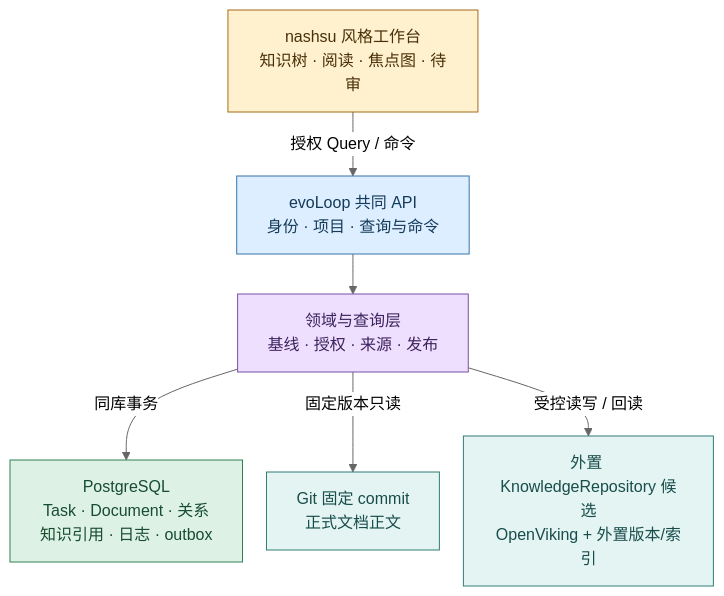
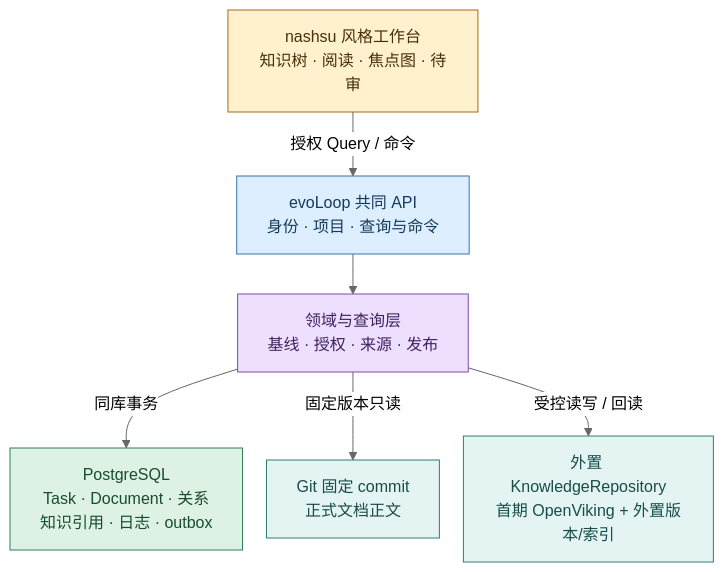
One commit to cyl19970726/evoLoop changed the first of 2 diagrams in docs/architecture/wiki-integration.md. Above: the diagram before and after it, drawn with Mermaid (neutral theme). The commit also changed other lines of this file and 12 other files, not shown here.

Commit message:
docs: define portable knowledge backend and graph frontend boundaries

````diff
--- a/docs/architecture/wiki-integration.md
+++ b/docs/architecture/wiki-integration.md
@@ -15,20 +15,20 @@
 ```mermaid
 %%{init: {"flowchart":{"wrappingWidth":190,"nodeSpacing":24,"rankSpacing":40}}}%%
 flowchart TB
   UI["nashsu 风格工作台<br/>知识树 · 阅读 · 焦点图 · 待审"]:::ui
   API["evoLoop 共同 API<br/>身份 · 项目 · 查询与命令"]:::api
   CORE["领域与查询层<br/>基线 · 授权 · 来源 · 发布"]:::core
   PG["PostgreSQL<br/>Task · Document · 关系<br/>知识引用 · 日志 · outbox"]:::pg
   GIT["Git 固定 commit<br/>正式文档正文"]:::ext
-  OV["外置 KnowledgeRepository 候选<br/>OpenViking + 外置版本/索引"]:::ext
+  OV["外置 KnowledgeRepository<br/>首期 OpenViking + 外置版本/索引"]:::ext
   UI -->|"授权 Query / 命令"| API
   API --> CORE
   CORE -->|"同库事务"| PG
   CORE -->|"固定版本只读"| GIT
   CORE -->|"受控读写 / 回读"| OV
   classDef ui fill:#FFF0CE,stroke:#A66B16,color:#493008
   classDef api fill:#DCEEFF,stroke:#3975A9,color:#163B5A
   classDef core fill:#EEDFFF,stroke:#7950A5,color:#3E225D
   classDef pg fill:#DDF2E4,stroke:#318057,color:#184C30
   classDef ext fill:#E3F4F3,stroke:#317D78,color:#184D4A
 ```
````
